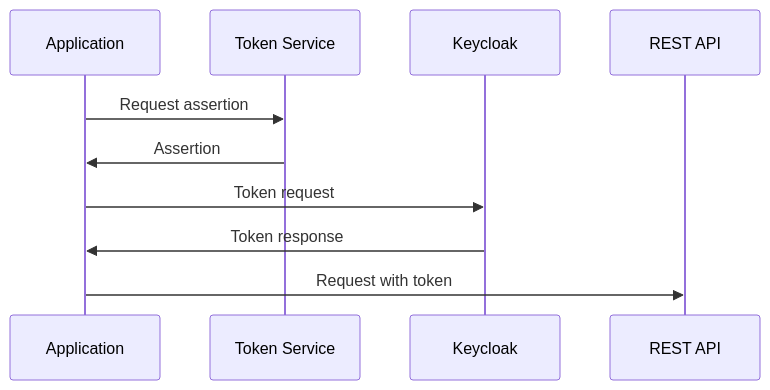
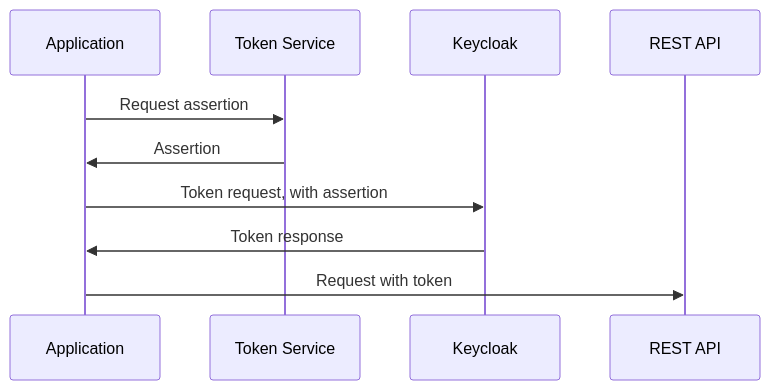
Before and after one commit to stianst/playground: the first of 2 diagrams in seq/assertions.md, drawn with Mermaid. The commit also changed other lines of this file, not shown here.

````diff
--- a/seq/assertions.md
+++ b/seq/assertions.md
@@ -2,12 +2,12 @@
 ```mermaid
 sequenceDiagram
     participant C as Application
     participant TS as Token Service
     participant KC as Keycloak
     participant RS as REST API
     C->>TS: Request assertion
     TS->>C: Assertion
-    C->>KC: Token request
+    C->>KC: Token request, with assertion
     KC->>C: Token response
     C->>RS: Request with token
 ```
````
